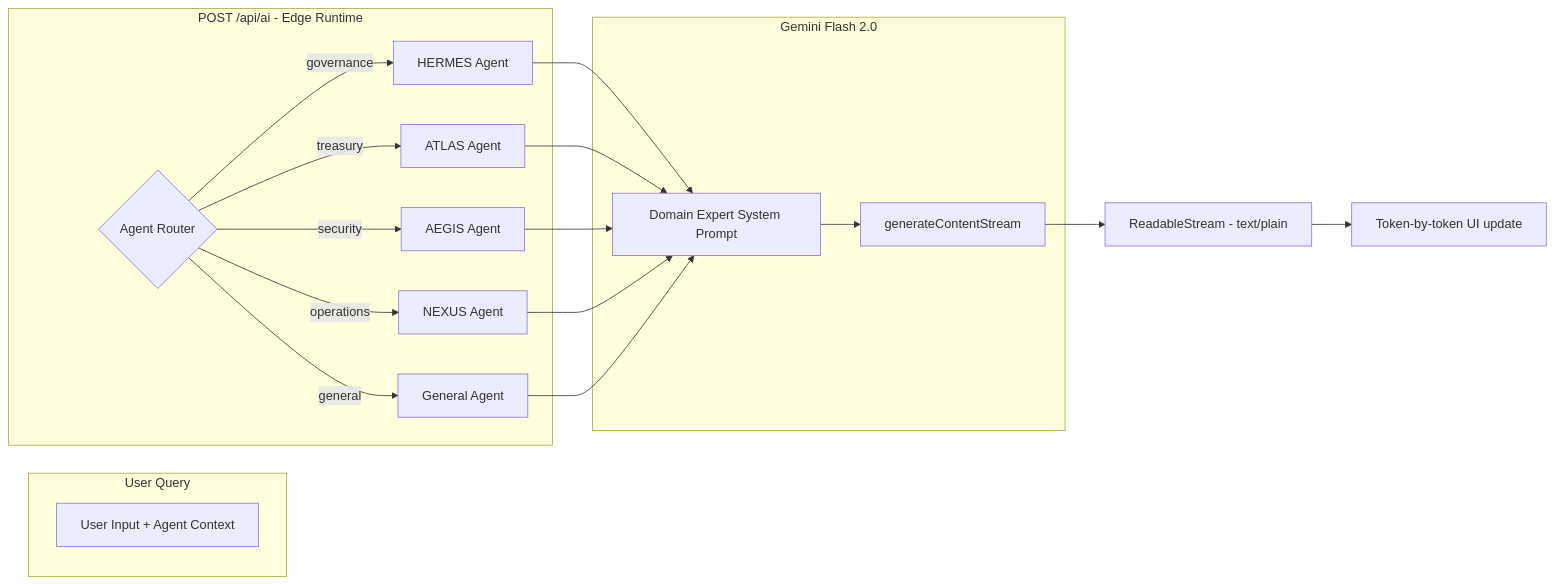
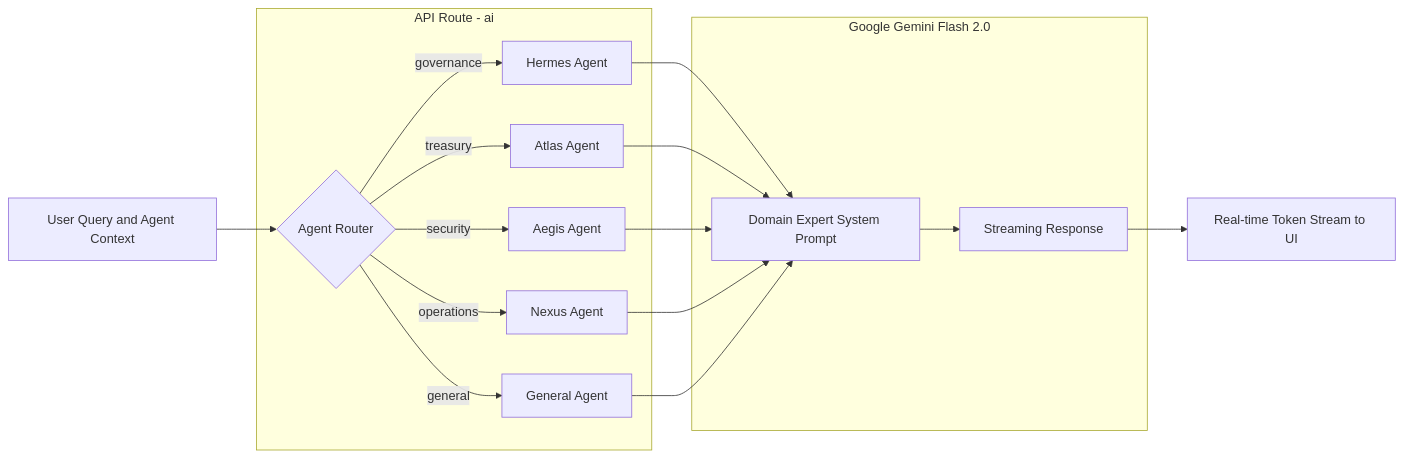
Before and after one commit to advikdivekar/axion-innovat3-hackathon: the second of 4 diagrams in README.md, drawn with Mermaid. The commit also changed other lines of this file and 3 other files, not shown here.

First line of the commit message:
fix: repair Mermaid diagrams, clean up README, remove untracked docs

````diff
--- a/README.md
+++ b/README.md
@@ -144,25 +140,23 @@
 ```mermaid
 graph LR
-    subgraph "User Query"
-        A[User Input + Agent Context]
+    Input["User Query and Agent Context"]
+
+    subgraph Router["API Route - ai"]
+        B{"Agent Router"}
+        B -->|governance| C["Hermes Agent"]
+        B -->|treasury| D["Atlas Agent"]
+        B -->|security| E["Aegis Agent"]
+        B -->|operations| F["Nexus Agent"]
+        B -->|general| G["General Agent"]
     end
 
-    subgraph "POST /api/ai - Edge Runtime"
-        B{Agent Router}
-        B -->|governance| C[HERMES Agent]
-        B -->|treasury| D[ATLAS Agent]
-        B -->|security| E[AEGIS Agent]
-        B -->|operations| F[NEXUS Agent]
-        B -->|general| G[General Agent]
+    subgraph Gemini["Google Gemini Flash 2.0"]
+        H["Domain Expert System Prompt"]
+        I["Streaming Response"]
     end
 
-    subgraph "Gemini Flash 2.0"
-        H[Domain Expert System Prompt]
-        I[generateContentStream]
-    end
-
+    Input --> B
     C & D & E & F & G --> H
     H --> I
-    I --> J[ReadableStream - text/plain]
-    J --> K[Token-by-token UI update]
+    I --> J["Real-time Token Stream to UI"]
 ```
````
